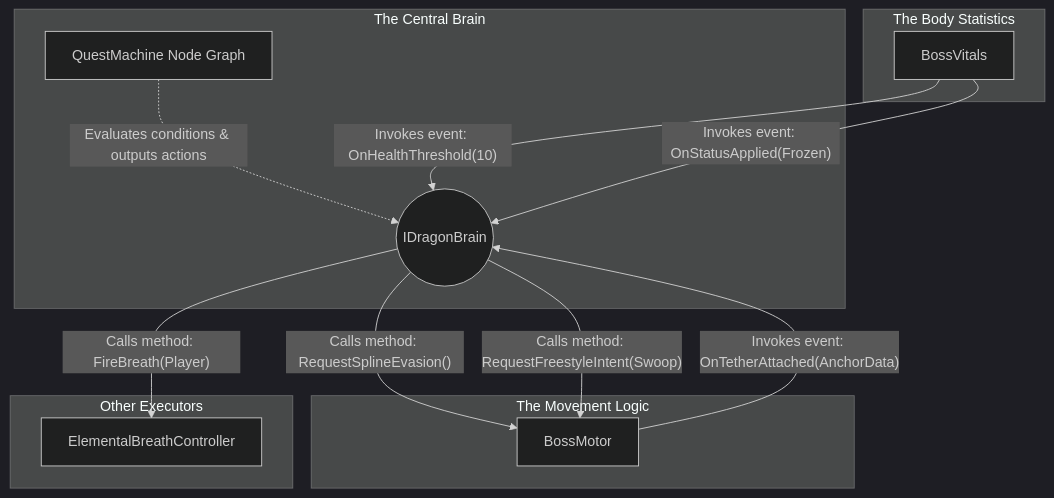
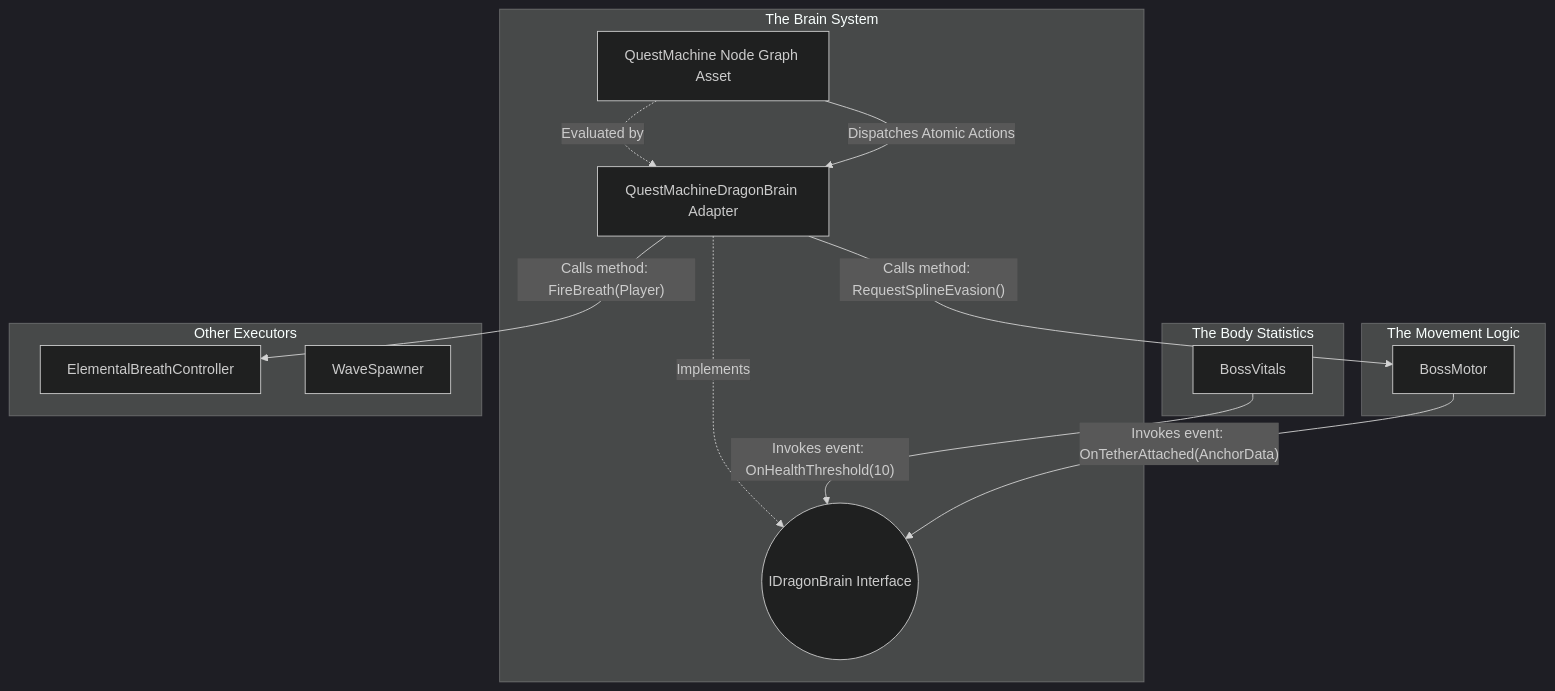
The diagram in Quest_Machine_Dragon_Brain_Docs.md (NatalieC001/dragonDump), drawn with Mermaid (dark theme) before and after one commit. The commit also changed other lines of this file, not shown here.

Commit message:
Add documentation for Quest Machine and Dragon Brain architecture

````diff
--- a/Quest_Machine_Dragon_Brain_Docs.md
+++ b/Quest_Machine_Dragon_Brain_Docs.md
@@ -50,29 +48,30 @@
 ```mermaid
 graph TD
     subgraph The Body Statistics
         BV[BossVitals]
     end
 
-    subgraph The Central Brain
-        IDB((IDragonBrain))
-        QMB[QuestMachine Node Graph] -.->|Evaluates conditions & outputs actions| IDB
+    subgraph The Brain System
+        IDB((IDragonBrain Interface))
+        QMB[QuestMachineDragonBrain Adapter] -.->|Implements| IDB
+        QMN[QuestMachine Node Graph Asset] -.->|Evaluated by| QMB
     end
 
     subgraph The Movement Logic
         ABM[BossMotor]
     end
 
     subgraph Other Executors
         EBC[ElementalBreathController]
+        SPW[WaveSpawner]
     end
 
     %% Sensor Reporting
     BV -- Invokes event: OnHealthThreshold(10) --> IDB
-    BV -- Invokes event: OnStatusApplied(Frozen) --> IDB
     ABM -- Invokes event: OnTetherAttached(AnchorData) --> IDB
 
     %% Brain Orchestration Commands
-    IDB -- Calls method: RequestSplineEvasion() --> ABM
-    IDB -- Calls method: RequestFreestyleIntent(Swoop) --> ABM
-    IDB -- Calls method: FireBreath(Player) --> EBC
+    QMN -- Dispatches Atomic Actions --> QMB
+    QMB -- Calls method: RequestSplineEvasion() --> ABM
+    QMB -- Calls method: FireBreath(Player) --> EBC
 ```
````
